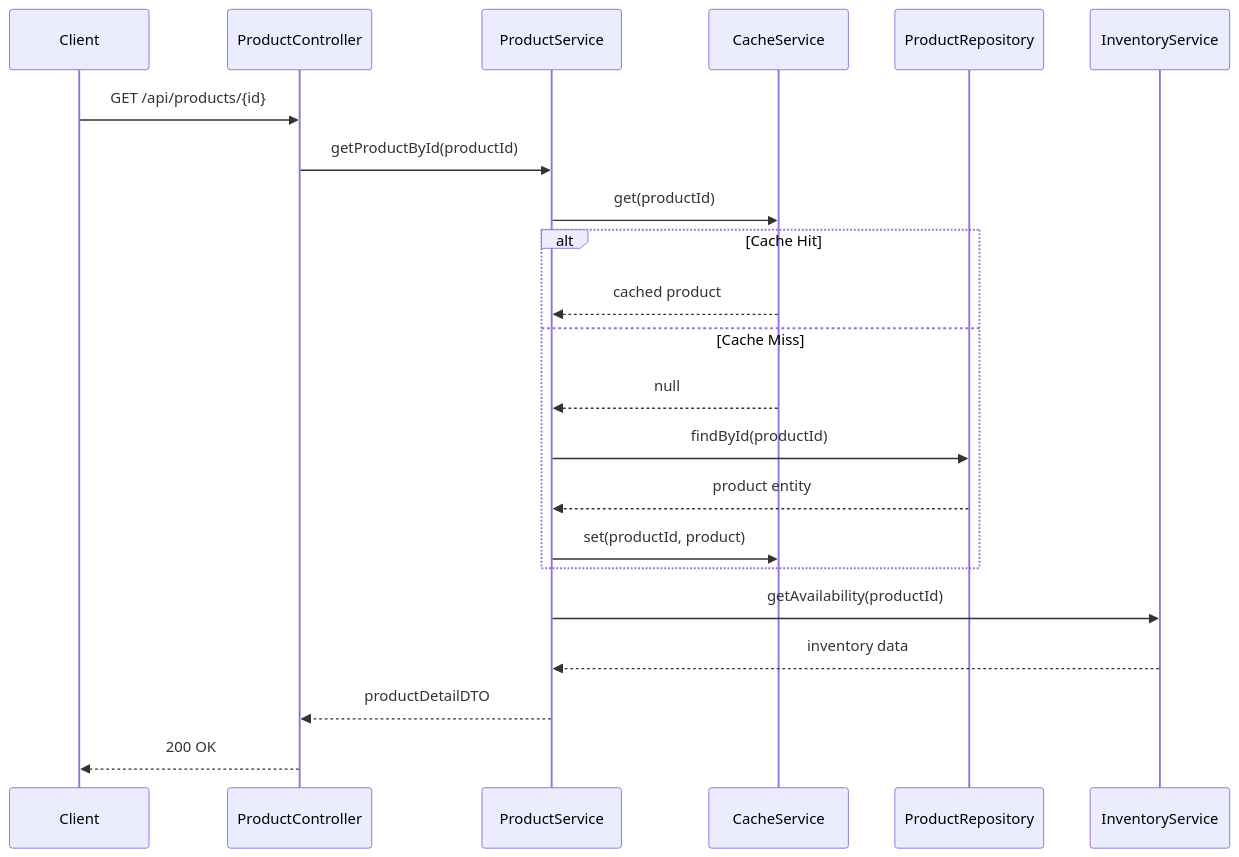
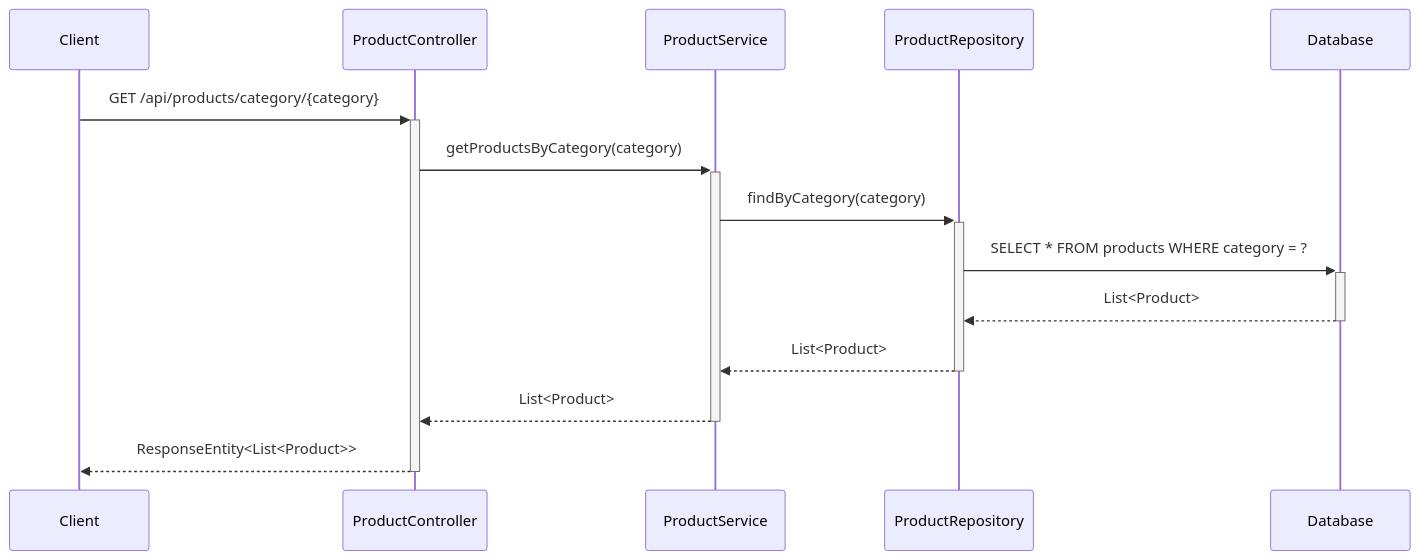
The eighth of 13 diagrams in docs/LLD/modified_lld.md (NavneetBN47/aava-ecom-demo), drawn with Mermaid before and after one commit. The commit also changed other lines of this file, not shown here.

````diff
--- a/docs/LLD/modified_lld.md
+++ b/docs/LLD/modified_lld.md
@@ -455,25 +350,17 @@
 ```mermaid
 sequenceDiagram
     participant Client
     participant ProductController
     participant ProductService
-    participant CacheService
     participant ProductRepository
-    participant InventoryService
-
-    Client->>ProductController: GET /api/products/{id}
-    ProductController->>ProductService: getProductById(productId)
-    ProductService->>CacheService: get(productId)
-    alt Cache Hit
-        CacheService-->>ProductService: cached product
-    else Cache Miss
-        CacheService-->>ProductService: null
-        ProductService->>ProductRepository: findById(productId)
-        ProductRepository-->>ProductService: product entity
-        ProductService->>CacheService: set(productId, product)
-    end
-    ProductService->>InventoryService: getAvailability(productId)
-    InventoryService-->>ProductService: inventory data
-    ProductService-->>ProductController: productDetailDTO
-    ProductController-->>Client: 200 OK
+    participant Database
+    
+    Client->>+ProductController: GET /api/products/category/{category}
+    ProductController->>+ProductService: getProductsByCategory(category)
+    ProductService->>+ProductRepository: findByCategory(category)
+    ProductRepository->>+Database: SELECT * FROM products WHERE category = ?
+    Database-->>-ProductRepository: List<Product>
+    ProductRepository-->>-ProductService: List<Product>
+    ProductService-->>-ProductController: List<Product>
+    ProductController-->>-Client: ResponseEntity<List<Product>>
 ```
````
